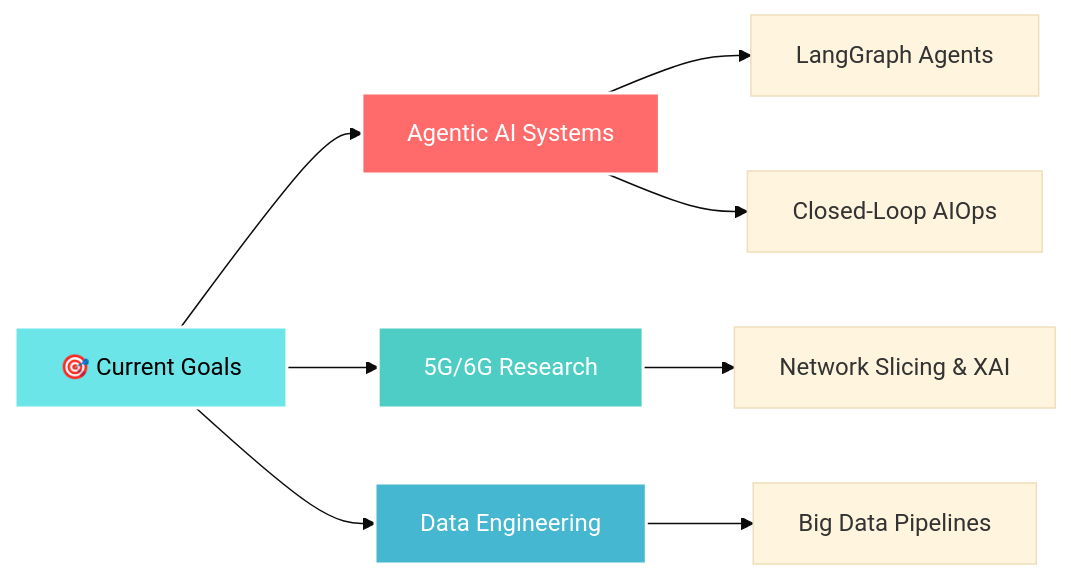
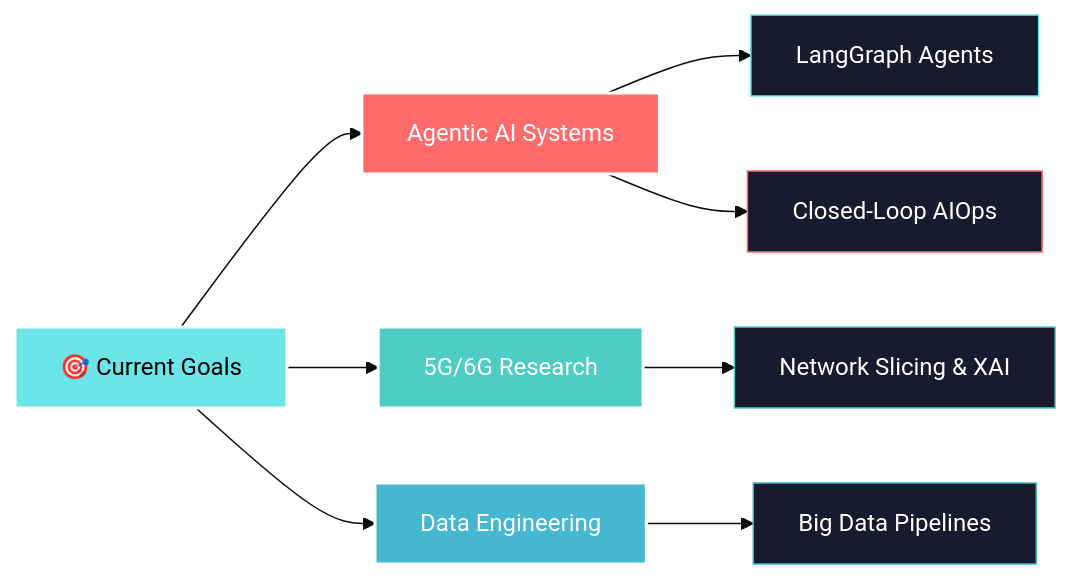
Before and after one commit to Dhiac7/Dhiac7: the diagram in README.md, drawn with Mermaid (base theme). The commit also changed other lines of this file, not shown here.

````diff
--- a/README.md
+++ b/README.md
@@ -186,15 +48,19 @@
 ```mermaid
 graph LR
     A[🎯 Current Goals] --> B[Agentic AI Systems]
     A --> C[5G/6G Research]
     A --> D[Data Engineering]
     B --> E[LangGraph Agents]
     B --> F[Closed-Loop AIOps]
     C --> G[Network Slicing & XAI]
     D --> H[Big Data Pipelines]
 
     style A fill:#6CE5E8,stroke:#fff,stroke-width:2px,color:#000
     style B fill:#FF6B6B,stroke:#fff,stroke-width:2px,color:#fff
     style C fill:#4ECDC4,stroke:#fff,stroke-width:2px,color:#fff
     style D fill:#45B7D1,stroke:#fff,stroke-width:2px,color:#fff
+    style E fill:#1a1a2e,stroke:#6CE5E8,stroke-width:1px,color:#fff
+    style F fill:#1a1a2e,stroke:#FF6B6B,stroke-width:1px,color:#fff
+    style G fill:#1a1a2e,stroke:#4ECDC4,stroke-width:1px,color:#fff
+    style H fill:#1a1a2e,stroke:#45B7D1,stroke-width:1px,color:#fff
 ```
````
